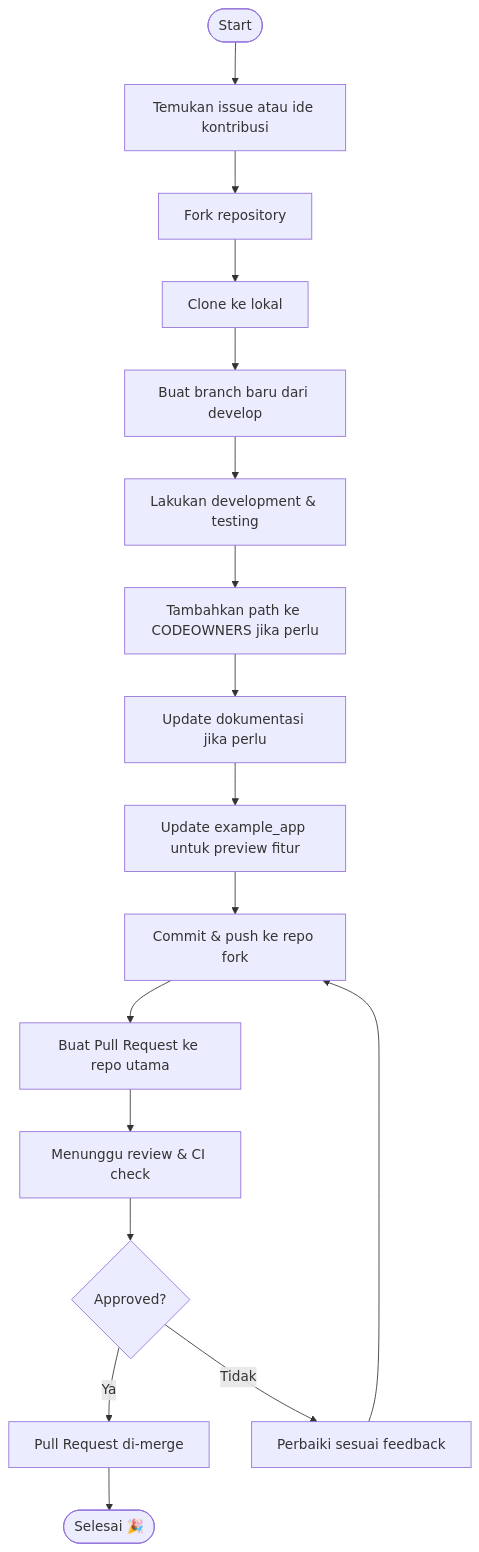
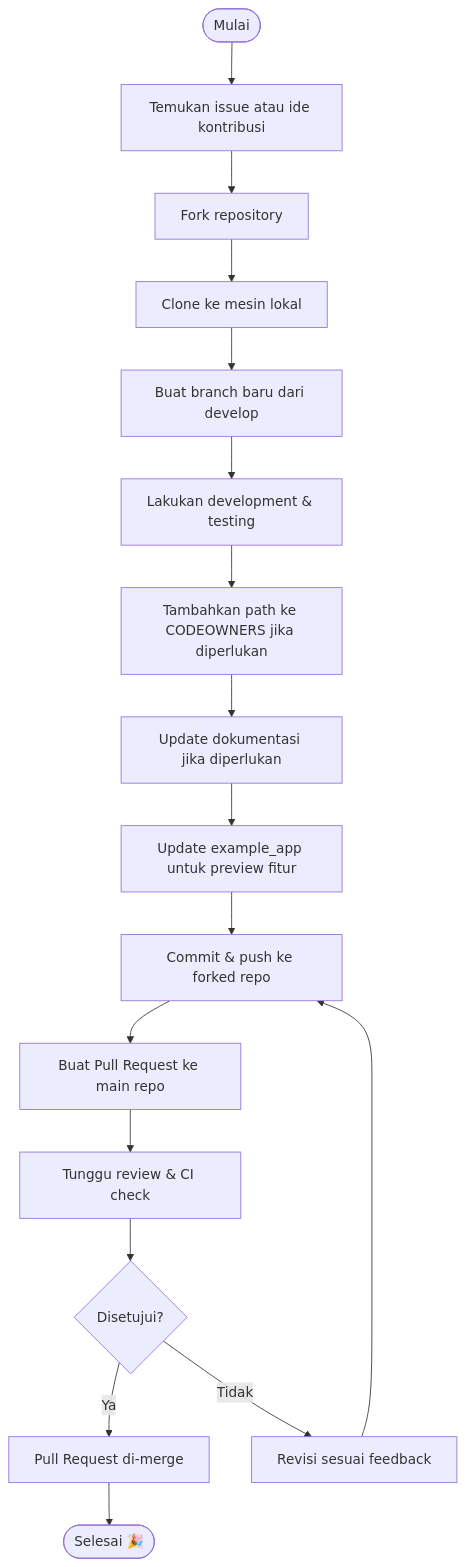
Before and after one commit to ryanaidilp/stadata_flutter_sdk: the diagram in GITHUB_CONTRIBUTION_WORKFLOW.md, drawn with Mermaid. The commit also changed other lines of this file and 443 other files, not shown here.

````diff
--- a/GITHUB_CONTRIBUTION_WORKFLOW.md
+++ b/GITHUB_CONTRIBUTION_WORKFLOW.md
@@ -9,36 +9,36 @@
 ```mermaid
 flowchart TD
-    A([Start])
+    A([Mulai])
     B[Temukan issue atau ide kontribusi]
     C[Fork repository]
-    D[Clone ke lokal]
+    D[Clone ke mesin lokal]
     E[Buat branch baru dari develop]
     F[Lakukan development & testing]
-    G[Tambahkan path ke CODEOWNERS jika perlu]
-    H[Update dokumentasi jika perlu]
+    G[Tambahkan path ke CODEOWNERS jika diperlukan]
+    H[Update dokumentasi jika diperlukan]
     I[Update example_app untuk preview fitur]
-    J[Commit & push ke repo fork]
-    K[Buat Pull Request ke repo utama]
-    L[Menunggu review & CI check]
-    M{Approved?}
+    J[Commit & push ke forked repo]
+    K[Buat Pull Request ke main repo]
+    L[Tunggu review & CI check]
+    M{Disetujui?}
     N[Pull Request di-merge]
-    O[Perbaiki sesuai feedback]
+    O[Revisi sesuai feedback]
     P([Selesai 🎉])
 
     A --> B
     B --> C
     C --> D
     D --> E
     E --> F
     F --> G
     G --> H
     H --> I
     I --> J
     J --> K
     K --> L
     L --> M
     M -- Ya --> N
     N --> P
     M -- Tidak --> O
     O --> J
 ```
````
